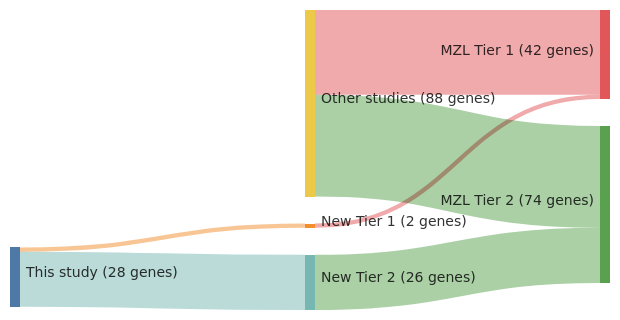
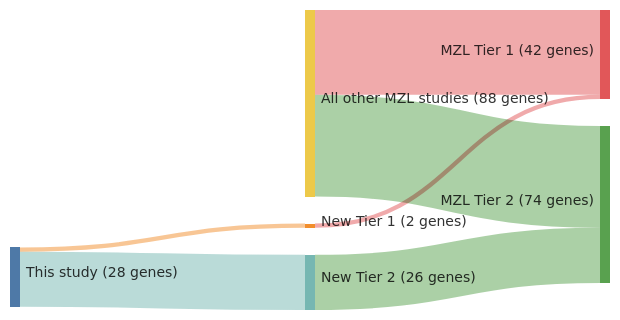
Before and after one commit to morinlab/lymphopedia: the diagram in papers/jalladesExomeSequencingIdentifies2017.md, drawn with Mermaid. The commit also changed 82 other files, not shown here.

````diff
--- a/papers/jalladesExomeSequencingIdentifies2017.md
+++ b/papers/jalladesExomeSequencingIdentifies2017.md
@@ -12,20 +12,20 @@
 ```mermaid
 ---
 config:
     sankey:
         showValues: true
         linkColor: target
         width: 600
         height: 300
         nodeAlignment: right
         prefix: '('
         suffix: ' genes)'
 ---
 sankey-beta
 This study, New Tier 1, 2
 New Tier 1, MZL Tier 1, 2
 This study, New Tier 2, 26
 New Tier 2, MZL Tier 2, 26
-Other studies, MZL Tier 1, 40
-Other studies, MZL Tier 2, 48
+All other MZL studies, MZL Tier 1, 40
+All other MZL studies, MZL Tier 2, 48
 ```
````
